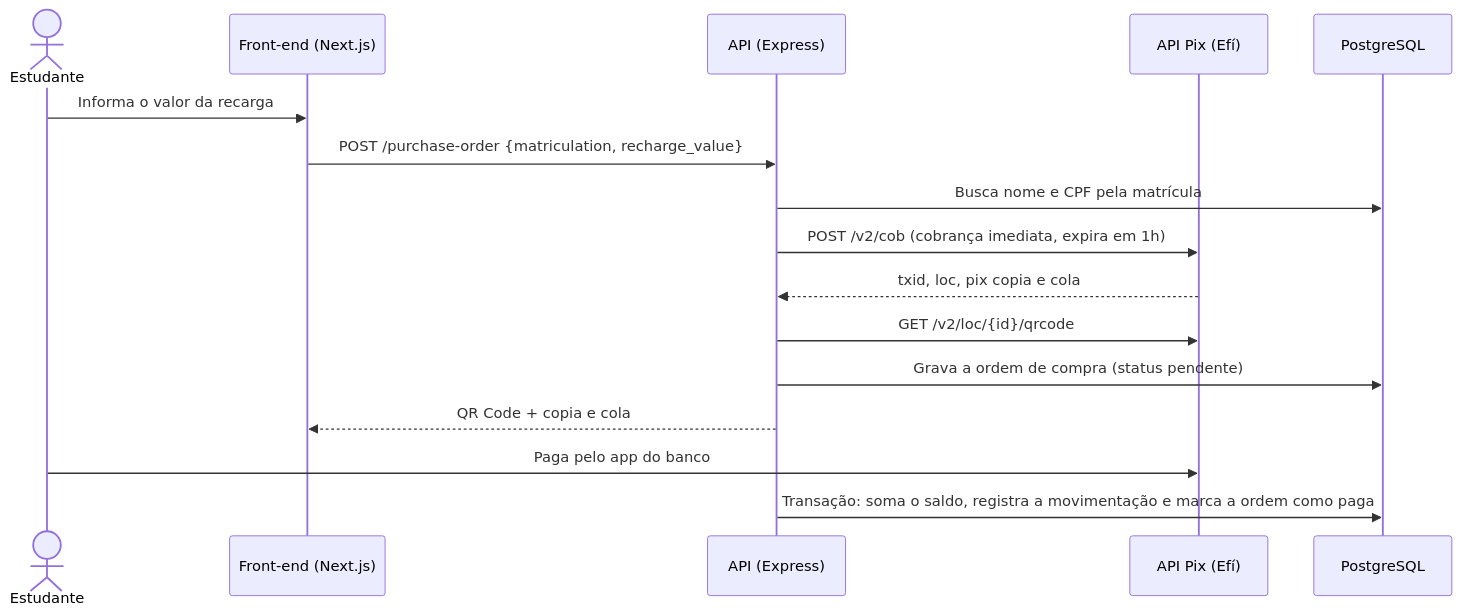
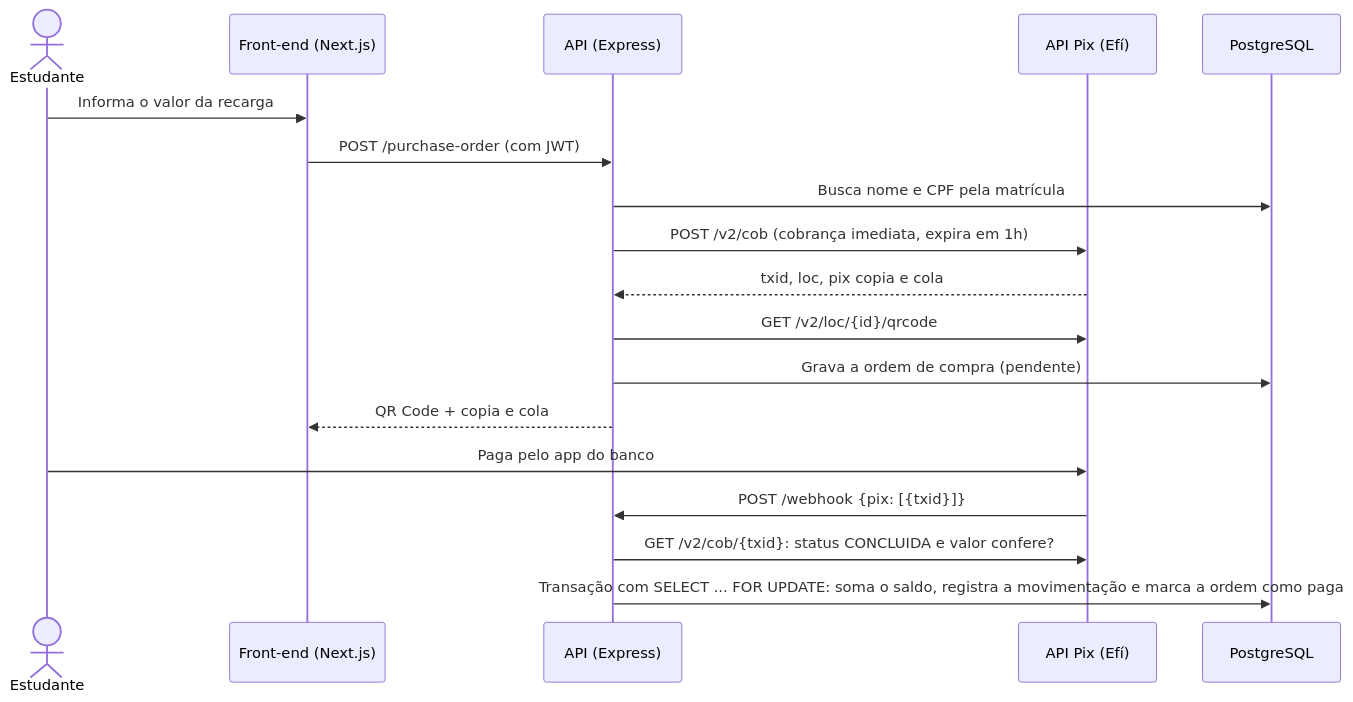
Before and after one commit to higorcos/api-recarga-pix-ru: the diagram in README.md, drawn with Mermaid. The commit also changed other lines of this file and 1 other file, not shown here.

Commit message:
Atualiza o README com as correções e o Docker

````diff
--- a/README.md
+++ b/README.md
@@ -11,19 +11,21 @@
 ```mermaid
 sequenceDiagram
     actor E as Estudante
     participant W as Front-end (Next.js)
     participant A as API (Express)
     participant P as API Pix (Efí)
     participant D as PostgreSQL
 
     E->>W: Informa o valor da recarga
-    W->>A: POST /purchase-order {matriculation, recharge_value}
+    W->>A: POST /purchase-order (com JWT)
     A->>D: Busca nome e CPF pela matrícula
     A->>P: POST /v2/cob (cobrança imediata, expira em 1h)
     P-->>A: txid, loc, pix copia e cola
     A->>P: GET /v2/loc/{id}/qrcode
-    A->>D: Grava a ordem de compra (status pendente)
+    A->>D: Grava a ordem de compra (pendente)
     A-->>W: QR Code + copia e cola
     E->>P: Paga pelo app do banco
-    A->>D: Transação: soma o saldo, registra a movimentação e marca a ordem como paga
+    P->>A: POST /webhook {pix: [{txid}]}
+    A->>P: GET /v2/cob/{txid}: status CONCLUIDA e valor confere?
+    A->>D: Transação com SELECT ... FOR UPDATE: soma o saldo, registra a movimentação e marca a ordem como paga
 ```
````
